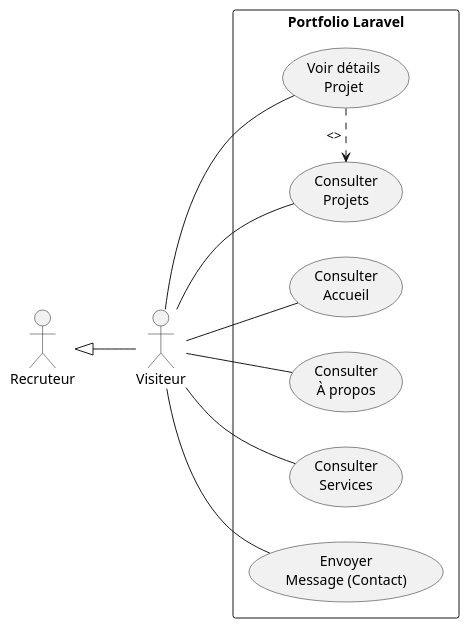
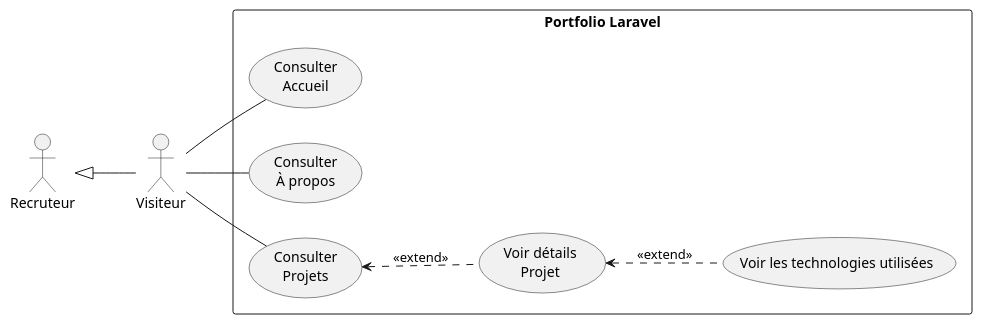
Before and after one commit to BenTaleb-Mehdi/Portofolio-Bentaleb-mehdi: the diagram in analyse/portfolio_diagramme_case.puml, drawn with PlantUML. The commit also changed 11 other files, not shown here.

```diff
--- a/analyse/portfolio_diagramme_case.puml
+++ b/analyse/portfolio_diagramme_case.puml
@@ -1,27 +1,24 @@
 @startuml
 left to right direction
 skinparam packageStyle rectangle
 
 actor "Visiteur" as Visitor
 actor "Recruteur" as Recruiter
 Recruiter <|-- Visitor
 
-rectangle "Portfolio Laravel" {
+package "Portfolio Laravel" {
   usecase "Consulter\nAccueil" as UC_Home
   usecase "Consulter\nÀ propos" as UC_About
   usecase "Consulter\nProjets" as UC_Projects
   usecase "Voir détails\nProjet" as UC_ProjectDetails
-  usecase "Consulter\nServices" as UC_Services
-  usecase "Envoyer\nMessage (Contact)" as UC_Contact
+  usecase "Voir les technologies utilisées" as UC_TechnologiesProjects
 }
 
 Visitor -- UC_Home
 Visitor -- UC_About
 Visitor -- UC_Projects
-Visitor -- UC_ProjectDetails
-Visitor -- UC_Services
-Visitor -- UC_Contact
 
-' Optionnel : relations de dépendance/extension
-UC_ProjectDetails .> UC_Projects : <>
+' Optional: relationships
+UC_Projects <.- UC_ProjectDetails : <<extend>>
+UC_ProjectDetails <.- UC_TechnologiesProjects : <<extend>>
 @enduml
```
